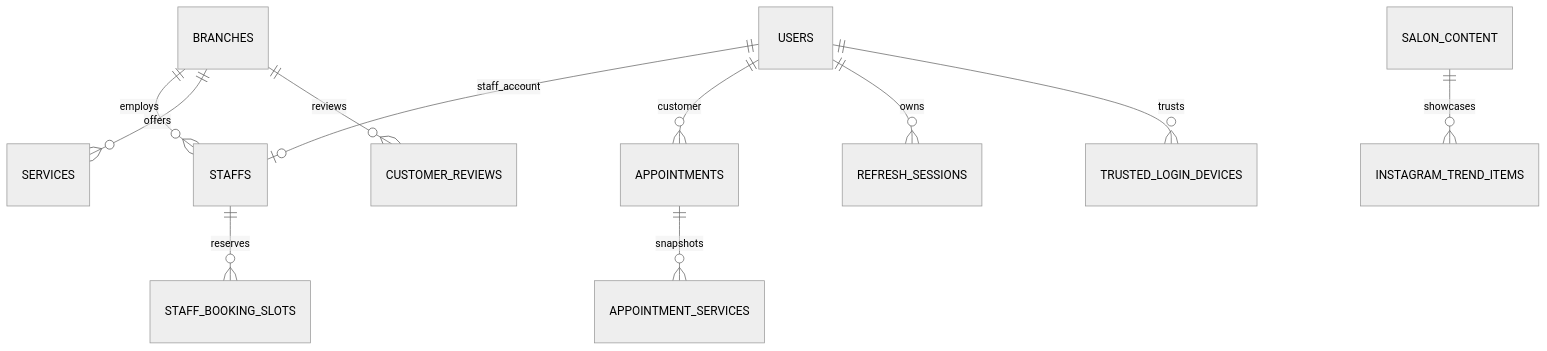
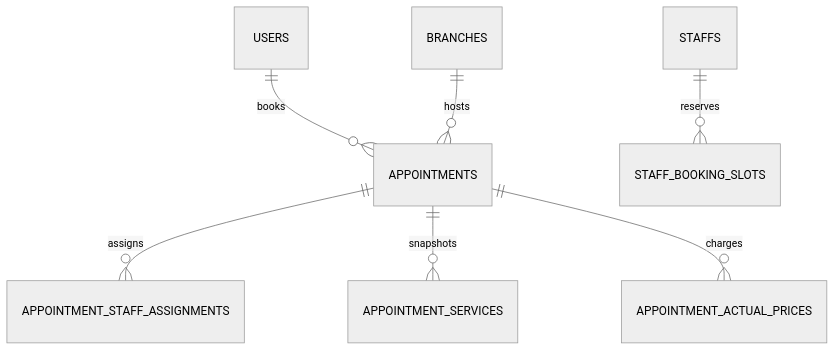
One commit to hello1224354/nail_salon_api changed the diagram in docs/DATABASE.md. Above: the diagram before and after it, drawn with Mermaid (neutral theme). The commit also changed other lines of this file and 14 other files, not shown here.

````diff
--- a/docs/DATABASE.md
+++ b/docs/DATABASE.md
@@ -7,13 +7,9 @@
 ```mermaid
 erDiagram
-    USERS ||--o| STAFFS : staff_account
-    BRANCHES ||--o{ STAFFS : employs
-    BRANCHES ||--o{ SERVICES : offers
-    USERS ||--o{ APPOINTMENTS : customer
+    USERS ||--o{ APPOINTMENTS : books
+    BRANCHES ||--o{ APPOINTMENTS : hosts
+    APPOINTMENTS ||--o{ APPOINTMENT_STAFF_ASSIGNMENTS : assigns
+    APPOINTMENTS ||--o{ APPOINTMENT_SERVICES : snapshots
+    APPOINTMENTS ||--o{ APPOINTMENT_ACTUAL_PRICES : charges
     STAFFS ||--o{ STAFF_BOOKING_SLOTS : reserves
-    APPOINTMENTS ||--o{ APPOINTMENT_SERVICES : snapshots
-    BRANCHES ||--o{ CUSTOMER_REVIEWS : reviews
-    SALON_CONTENT ||--o{ INSTAGRAM_TREND_ITEMS : showcases
-    USERS ||--o{ REFRESH_SESSIONS : owns
-    USERS ||--o{ TRUSTED_LOGIN_DEVICES : trusts
 ```
````
